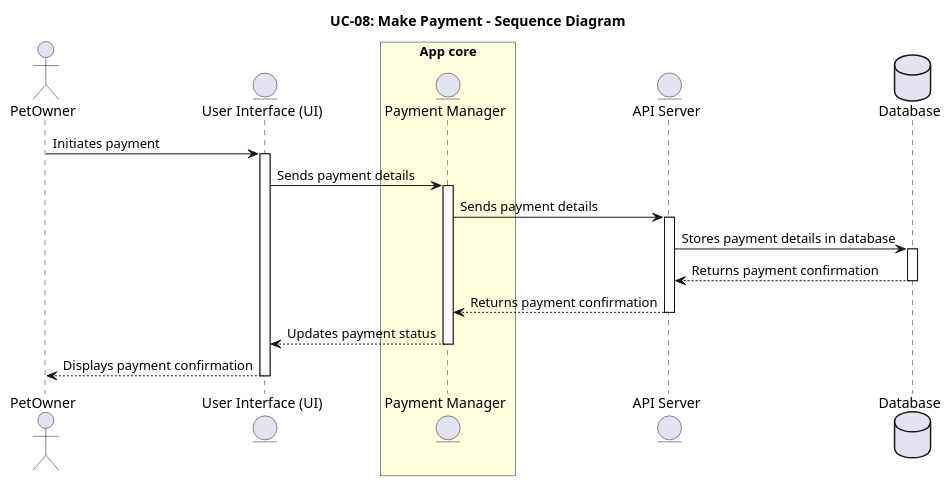
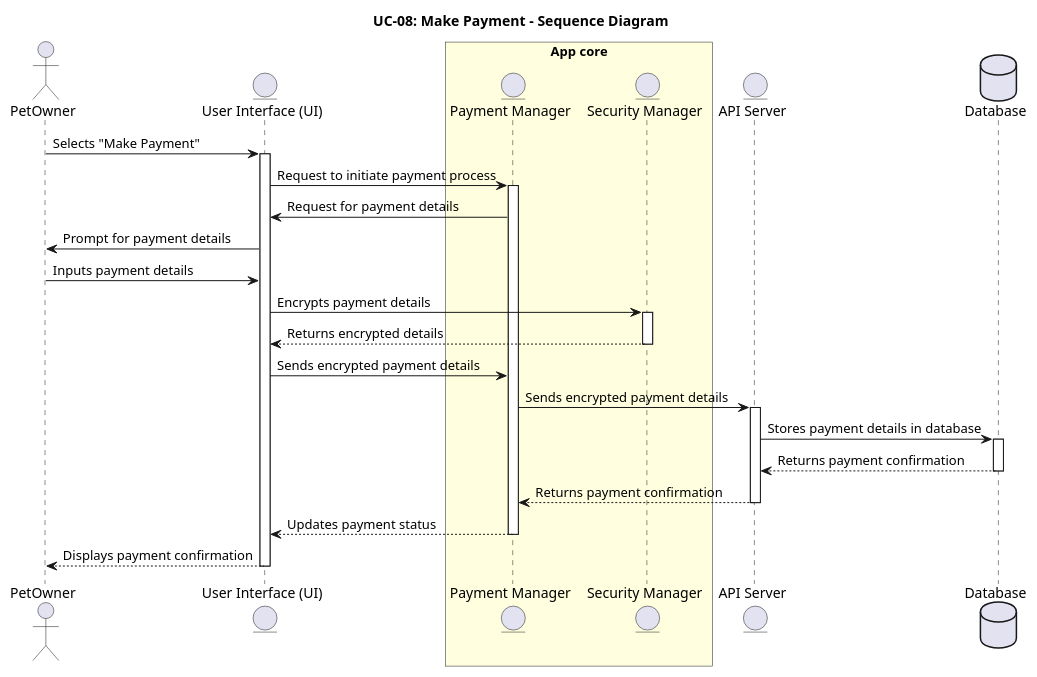
The diagram in Documents/PlantUML/UC-08_SEQUENCE_Diagram.puml (IrenePorta/PetSitters), drawn with PlantUML before and after one commit.

```diff
--- a/Documents/PlantUML/UC-08_SEQUENCE_Diagram.puml
+++ b/Documents/PlantUML/UC-08_SEQUENCE_Diagram.puml
@@ -1,35 +1,47 @@
 @startuml
 title: UC-08: Make Payment - Sequence Diagram
 actor PetOwner
 entity "User Interface (UI)" as UI
 box "App core" #LightYellow
   entity "Payment Manager" as AppCore
+  entity "Security Manager" as Security
 end box
 entity "API Server" as API
 database "Database" as DB
 
-PetOwner -> UI : Initiates payment
+PetOwner -> UI : Selects "Make Payment" 
 activate UI
 
-UI -> AppCore : Sends payment details
+UI -> AppCore : Request to initiate payment process
 activate AppCore
 
-AppCore -> API : Sends payment details
+AppCore -> UI : Request for payment details
+UI -> PetOwner : Prompt for payment details
+PetOwner -> UI : Inputs payment details
+
+UI -> Security : Encrypts payment details
+activate Security
+Security --> UI : Returns encrypted details
+deactivate Security
+
+UI -> AppCore : Sends encrypted payment details
+
+AppCore -> API : Sends encrypted payment details
 activate API
 
 API -> DB : Stores payment details in database
 activate DB
 
 DB --> API : Returns payment confirmation
 deactivate DB
 
 API --> AppCore : Returns payment confirmation
 deactivate API
 
 AppCore --> UI : Updates payment status
 deactivate AppCore
 
 UI --> PetOwner : Displays payment confirmation
 deactivate UI
 
 @enduml
```
